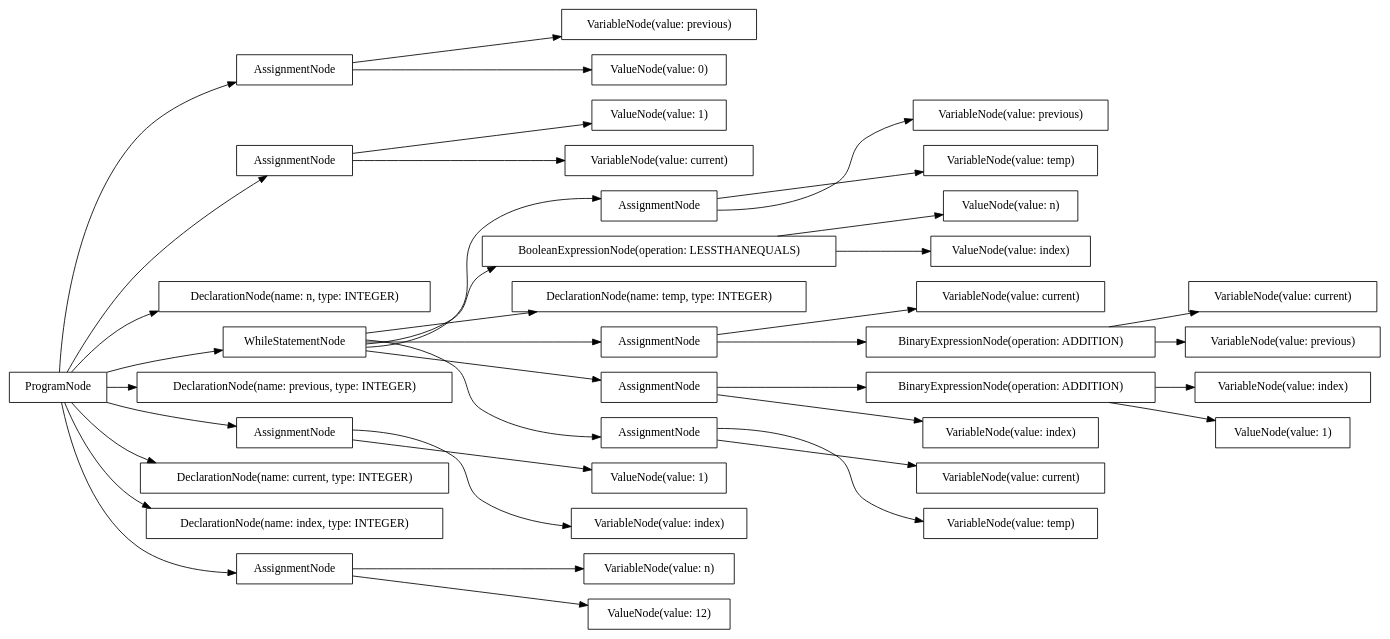
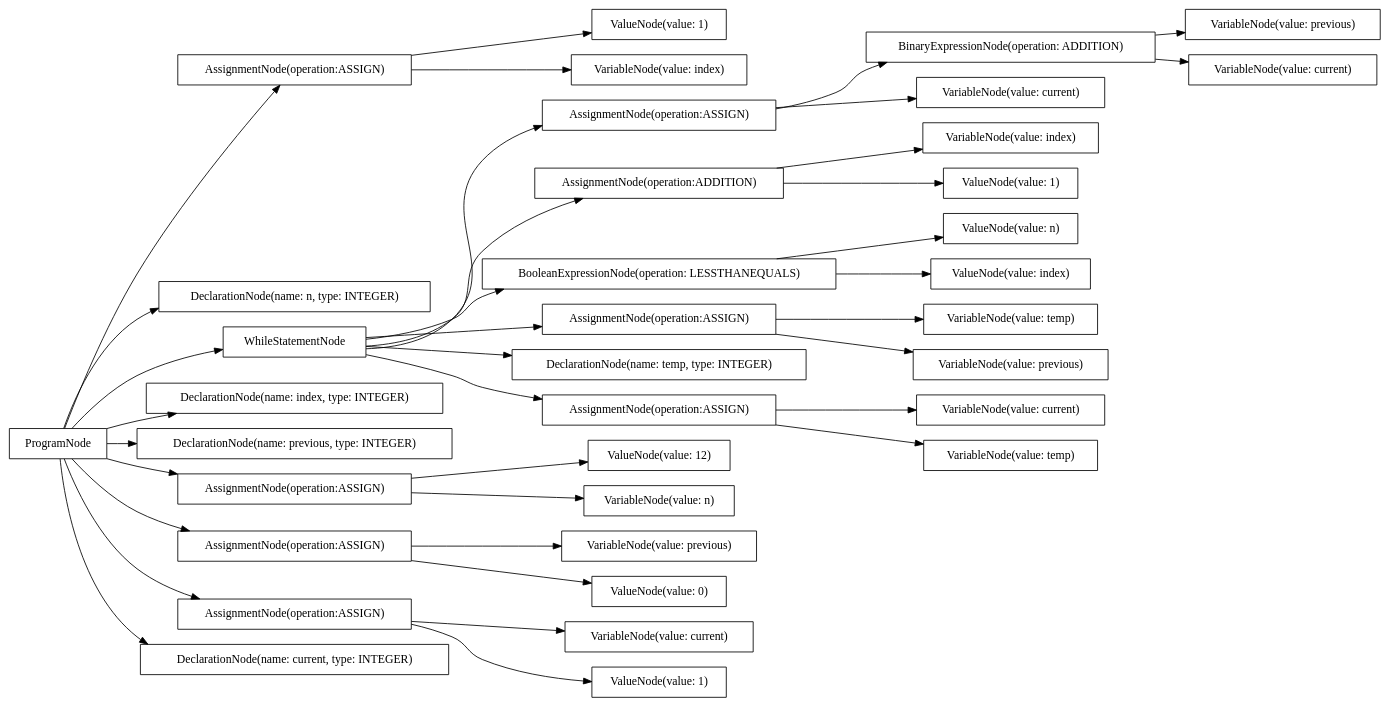
The diagram in src/output/dot/fibonacci.dot (AtLeastITry/ANTLR-Python-Compiler), drawn with Graphviz before and after one commit. The commit also changed 24 other files, not shown here.

```diff
--- a/src/output/dot/fibonacci.dot
+++ b/src/output/dot/fibonacci.dot
@@ -1,78 +1,74 @@
 digraph G {
 rankdir=LR
-"973fee57-5d9d-469c-8a02-aadc92429274" [label="AssignmentNode" shape="box"];
-"2a303473-afac-46dd-a2eb-d04706f9d5a5" [label="AssignmentNode" shape="box"];
-"686a832f-9a4c-4e64-9cd0-7add2e49c42e" [label="BooleanExpressionNode(operation: LESSTHANEQUALS)" shape="box"];
-"fe6397bf-0891-4b7f-b7d3-aeb9253e4561" [label="DeclarationNode(name: temp, type: INTEGER)" shape="box"];
-"b9288c3e-00d6-4a8a-9c8a-ee84ae99a75a" [label="VariableNode(value: current)" shape="box"];
-"c9fe73ab-ad14-4819-9698-ca47ffc2decd" [label="AssignmentNode" shape="box"];
-"2350dbb2-4e47-4fe5-ae8e-a5972e6fe8fd" [label="ValueNode(value: n)" shape="box"];
-"1c73ebf4-cc67-42c2-937e-57bb96ea2c80" [label="VariableNode(value: n)" shape="box"];
-"8d48b848-a8bb-4bf3-b60b-926a1e4536e1" [label="AssignmentNode" shape="box"];
-"14692b5c-36a1-488a-b2e2-539adab273d9" [label="VariableNode(value: current)" shape="box"];
-"eda82bd9-19df-4db9-a47f-98a3e47ad7bf" [label="BinaryExpressionNode(operation: ADDITION)" shape="box"];
-"557d6b53-1cb0-4701-8d6e-279d6a45ec7b" [label="VariableNode(value: previous)" shape="box"];
-"d1d53fad-d203-4fc3-9865-e162f8497924" [label="BinaryExpressionNode(operation: ADDITION)" shape="box"];
-"d337671d-21d4-44eb-ba9f-d49c01b15870" [label="ValueNode(value: index)" shape="box"];
-"90ce84d0-e14d-4658-9afa-30e72cbe8bff" [label="VariableNode(value: temp)" shape="box"];
-"fd623b23-9ef1-4cd2-ba61-203654b2b8de" [label="AssignmentNode" shape="box"];
-"a66d31f9-70bb-473e-ab43-be4257e2afa8" [label="DeclarationNode(name: n, type: INTEGER)" shape="box"];
-"962c8db2-668b-42d8-8964-b88819e29959" [label="ValueNode(value: 1)" shape="box"];
-"d6f1f637-0344-4c62-86fc-7391b00d515a" [label="WhileStatementNode" shape="box"];
-"7137b974-311a-4082-9af0-42399f7d1633" [label="VariableNode(value: current)" shape="box"];
-"be0ed5bd-f543-4228-acca-aa1efc75aaa5" [label="VariableNode(value: index)" shape="box"];
-"6853a4c6-fe10-46b6-9d34-4c576b26da2b" [label="ProgramNode" shape="box"];
-"d1e55851-edb7-41cd-8051-22398da96f52" [label="DeclarationNode(name: previous, type: INTEGER)" shape="box"];
-"b0e2ea3e-3e35-4cf9-bdea-2c52915ee956" [label="ValueNode(value: 12)" shape="box"];
-"469a974d-3cd7-4ce7-a7c8-49bd44727ac1" [label="AssignmentNode" shape="box"];
-"817e958e-9cac-4eba-ac90-805fdb32057e" [label="VariableNode(value: previous)" shape="box"];
-"b26a91f7-7275-4710-93d6-3c9ff0a2c1b8" [label="VariableNode(value: previous)" shape="box"];
-"58ee0b04-378f-456f-9677-e61ca80cc386" [label="VariableNode(value: index)" shape="box"];
-"9aa187ff-2e18-437a-a42f-dd90dcc5eead" [label="ValueNode(value: 1)" shape="box"];
-"3534d591-de55-4784-9e2a-2fbdbfc0ed4f" [label="VariableNode(value: current)" shape="box"];
-"6e45ecd7-9811-456d-a2e9-b60823253b04" [label="DeclarationNode(name: current, type: INTEGER)" shape="box"];
-"3ffd9601-b86e-4460-9617-f37b3f7de04c" [label="DeclarationNode(name: index, type: INTEGER)" shape="box"];
-"42ab4f38-0a8d-4604-922a-22bf0403b4ba" [label="ValueNode(value: 1)" shape="box"];
-"d31a415c-9a40-4602-8f01-30f4739b6b1d" [label="AssignmentNode" shape="box"];
-"1cf9256c-7304-4ace-a129-32d04a3b71aa" [label="VariableNode(value: temp)" shape="box"];
-"0aaa26a9-d9ca-429b-8414-dac8caed3cd8" [label="AssignmentNode" shape="box"];
-"de87f654-da4a-4cba-9aa4-ec1e7ddf4978" [label="ValueNode(value: 0)" shape="box"];
-"391b0422-44c1-4265-8953-19a5e9fd3c68" [label="VariableNode(value: index)" shape="box"];
-"6853a4c6-fe10-46b6-9d34-4c576b26da2b" -> "a66d31f9-70bb-473e-ab43-be4257e2afa8";
-"6853a4c6-fe10-46b6-9d34-4c576b26da2b" -> "d1e55851-edb7-41cd-8051-22398da96f52";
-"6853a4c6-fe10-46b6-9d34-4c576b26da2b" -> "6e45ecd7-9811-456d-a2e9-b60823253b04";
-"6853a4c6-fe10-46b6-9d34-4c576b26da2b" -> "3ffd9601-b86e-4460-9617-f37b3f7de04c";
-"6853a4c6-fe10-46b6-9d34-4c576b26da2b" -> "0aaa26a9-d9ca-429b-8414-dac8caed3cd8";
-"0aaa26a9-d9ca-429b-8414-dac8caed3cd8" -> "1c73ebf4-cc67-42c2-937e-57bb96ea2c80";
-"0aaa26a9-d9ca-429b-8414-dac8caed3cd8" -> "b0e2ea3e-3e35-4cf9-bdea-2c52915ee956";
-"6853a4c6-fe10-46b6-9d34-4c576b26da2b" -> "2a303473-afac-46dd-a2eb-d04706f9d5a5";
-"2a303473-afac-46dd-a2eb-d04706f9d5a5" -> "b26a91f7-7275-4710-93d6-3c9ff0a2c1b8";
-"2a303473-afac-46dd-a2eb-d04706f9d5a5" -> "de87f654-da4a-4cba-9aa4-ec1e7ddf4978";
-"6853a4c6-fe10-46b6-9d34-4c576b26da2b" -> "8d48b848-a8bb-4bf3-b60b-926a1e4536e1";
-"8d48b848-a8bb-4bf3-b60b-926a1e4536e1" -> "7137b974-311a-4082-9af0-42399f7d1633";
-"8d48b848-a8bb-4bf3-b60b-926a1e4536e1" -> "962c8db2-668b-42d8-8964-b88819e29959";
-"6853a4c6-fe10-46b6-9d34-4c576b26da2b" -> "469a974d-3cd7-4ce7-a7c8-49bd44727ac1";
-"469a974d-3cd7-4ce7-a7c8-49bd44727ac1" -> "391b0422-44c1-4265-8953-19a5e9fd3c68";
-"469a974d-3cd7-4ce7-a7c8-49bd44727ac1" -> "42ab4f38-0a8d-4604-922a-22bf0403b4ba";
-"6853a4c6-fe10-46b6-9d34-4c576b26da2b" -> "d6f1f637-0344-4c62-86fc-7391b00d515a";
-"d6f1f637-0344-4c62-86fc-7391b00d515a" -> "686a832f-9a4c-4e64-9cd0-7add2e49c42e";
-"686a832f-9a4c-4e64-9cd0-7add2e49c42e" -> "d337671d-21d4-44eb-ba9f-d49c01b15870";
-"686a832f-9a4c-4e64-9cd0-7add2e49c42e" -> "2350dbb2-4e47-4fe5-ae8e-a5972e6fe8fd";
-"d6f1f637-0344-4c62-86fc-7391b00d515a" -> "fe6397bf-0891-4b7f-b7d3-aeb9253e4561";
-"d6f1f637-0344-4c62-86fc-7391b00d515a" -> "d31a415c-9a40-4602-8f01-30f4739b6b1d";
-"d31a415c-9a40-4602-8f01-30f4739b6b1d" -> "1cf9256c-7304-4ace-a129-32d04a3b71aa";
-"d31a415c-9a40-4602-8f01-30f4739b6b1d" -> "3534d591-de55-4784-9e2a-2fbdbfc0ed4f";
-"d6f1f637-0344-4c62-86fc-7391b00d515a" -> "c9fe73ab-ad14-4819-9698-ca47ffc2decd";
-"c9fe73ab-ad14-4819-9698-ca47ffc2decd" -> "14692b5c-36a1-488a-b2e2-539adab273d9";
-"c9fe73ab-ad14-4819-9698-ca47ffc2decd" -> "eda82bd9-19df-4db9-a47f-98a3e47ad7bf";
-"eda82bd9-19df-4db9-a47f-98a3e47ad7bf" -> "b9288c3e-00d6-4a8a-9c8a-ee84ae99a75a";
-"eda82bd9-19df-4db9-a47f-98a3e47ad7bf" -> "817e958e-9cac-4eba-ac90-805fdb32057e";
-"d6f1f637-0344-4c62-86fc-7391b00d515a" -> "973fee57-5d9d-469c-8a02-aadc92429274";
-"973fee57-5d9d-469c-8a02-aadc92429274" -> "557d6b53-1cb0-4701-8d6e-279d6a45ec7b";
-"973fee57-5d9d-469c-8a02-aadc92429274" -> "90ce84d0-e14d-4658-9afa-30e72cbe8bff";
-"d6f1f637-0344-4c62-86fc-7391b00d515a" -> "fd623b23-9ef1-4cd2-ba61-203654b2b8de";
-"fd623b23-9ef1-4cd2-ba61-203654b2b8de" -> "be0ed5bd-f543-4228-acca-aa1efc75aaa5";
-"fd623b23-9ef1-4cd2-ba61-203654b2b8de" -> "d1d53fad-d203-4fc3-9865-e162f8497924";
-"d1d53fad-d203-4fc3-9865-e162f8497924" -> "58ee0b04-378f-456f-9677-e61ca80cc386";
-"d1d53fad-d203-4fc3-9865-e162f8497924" -> "9aa187ff-2e18-437a-a42f-dd90dcc5eead";
+"a782045f-8ade-422a-84f0-91fb2b377057" [label="VariableNode(value: previous)" shape="box"];
+"9d80afb1-e9e6-451f-a756-a2f2968d3a22" [label="ValueNode(value: 12)" shape="box"];
+"8976d468-3d97-4fe8-bac7-e51e415173aa" [label="VariableNode(value: temp)" shape="box"];
+"989fcb48-b2a4-4258-a88a-957f0da41b7d" [label="VariableNode(value: index)" shape="box"];
+"9b0aa776-e1fa-4725-b753-873c97c15bc4" [label="AssignmentNode(operation:ASSIGN)" shape="box"];
+"7ec26122-079c-4a84-bb9c-f1de2d9466e4" [label="VariableNode(value: current)" shape="box"];
+"deb787a3-f2da-41b5-8ac9-28fb5d43b041" [label="BinaryExpressionNode(operation: ADDITION)" shape="box"];
+"af267fc0-f258-414d-ae7b-e390f4560203" [label="DeclarationNode(name: n, type: INTEGER)" shape="box"];
+"7dc3403e-1b59-441c-bfde-d8d450ae8e51" [label="WhileStatementNode" shape="box"];
+"9f2d1028-1aaf-4382-94a4-e57ca9ff44c0" [label="DeclarationNode(name: index, type: INTEGER)" shape="box"];
+"deac5ea1-f1db-4ada-8c47-d6ff182c400a" [label="DeclarationNode(name: previous, type: INTEGER)" shape="box"];
+"5f191c44-ed5b-49bc-b8f3-d53be9e7fd01" [label="VariableNode(value: previous)" shape="box"];
+"b34c7212-17ca-4337-bf73-ef418fd881dd" [label="AssignmentNode(operation:ASSIGN)" shape="box"];
+"41b85629-b1bd-4b4b-aab6-442b084e926d" [label="AssignmentNode(operation:ASSIGN)" shape="box"];
+"cf2aa847-4797-4619-a8de-b63b69fa23a6" [label="AssignmentNode(operation:ADDITION)" shape="box"];
+"37e3d938-c433-45c4-90f5-4d5fede14fbc" [label="AssignmentNode(operation:ASSIGN)" shape="box"];
+"4d382f9c-377a-41f3-a895-77bbe71dd802" [label="ValueNode(value: 1)" shape="box"];
+"cf7e003a-d177-4484-a8b8-c8d8e013e498" [label="ValueNode(value: 1)" shape="box"];
+"1303f158-e938-4c2f-aec5-c8e739f0d303" [label="VariableNode(value: current)" shape="box"];
+"eea2bed4-6ee4-4328-9a10-15e11c6d2239" [label="ProgramNode" shape="box"];
+"5de5f4fe-2865-486e-a3a5-67e813aa1f97" [label="BooleanExpressionNode(operation: LESSTHANEQUALS)" shape="box"];
+"5a0e3dab-d669-4fcb-978b-033d4c994ec0" [label="AssignmentNode(operation:ASSIGN)" shape="box"];
+"633334d5-5ae0-4cc9-b192-96011665c0d1" [label="ValueNode(value: n)" shape="box"];
+"35f7bc92-029a-41aa-a35a-845d0c7eb185" [label="AssignmentNode(operation:ASSIGN)" shape="box"];
+"9664b419-d7fc-4084-b02a-edd58a908a46" [label="VariableNode(value: current)" shape="box"];
+"458ebe1b-c84f-4107-9ecc-91ac93732c3c" [label="ValueNode(value: 1)" shape="box"];
+"c1e67bfa-8c0e-4054-8643-24a624443194" [label="VariableNode(value: n)" shape="box"];
+"e77bacca-dc97-4f02-9714-642478c61e25" [label="VariableNode(value: current)" shape="box"];
+"704025a3-7d8e-4f21-9a0e-356e48f89a2d" [label="ValueNode(value: index)" shape="box"];
+"d44343cf-8d1b-486a-b995-dbbe5127bdc8" [label="VariableNode(value: previous)" shape="box"];
+"017b7ae7-3d3e-4eb1-949f-aa1f0f23974a" [label="ValueNode(value: 0)" shape="box"];
+"d3c34f67-fa2a-4b98-983b-41da2cc3d98f" [label="DeclarationNode(name: current, type: INTEGER)" shape="box"];
+"1981b534-12c6-4e62-9f8e-37e8bdda66d1" [label="VariableNode(value: index)" shape="box"];
+"cb898b26-d241-4b2f-bf59-34af32b1d7fa" [label="DeclarationNode(name: temp, type: INTEGER)" shape="box"];
+"3b176ae3-114b-4e5b-a9d5-4e71f2beacc3" [label="AssignmentNode(operation:ASSIGN)" shape="box"];
+"c03fd829-8f87-49ee-bd1e-b95db3862407" [label="VariableNode(value: temp)" shape="box"];
+"eea2bed4-6ee4-4328-9a10-15e11c6d2239" -> "af267fc0-f258-414d-ae7b-e390f4560203";
+"eea2bed4-6ee4-4328-9a10-15e11c6d2239" -> "deac5ea1-f1db-4ada-8c47-d6ff182c400a";
+"eea2bed4-6ee4-4328-9a10-15e11c6d2239" -> "d3c34f67-fa2a-4b98-983b-41da2cc3d98f";
+"eea2bed4-6ee4-4328-9a10-15e11c6d2239" -> "9f2d1028-1aaf-4382-94a4-e57ca9ff44c0";
+"eea2bed4-6ee4-4328-9a10-15e11c6d2239" -> "41b85629-b1bd-4b4b-aab6-442b084e926d";
+"41b85629-b1bd-4b4b-aab6-442b084e926d" -> "c1e67bfa-8c0e-4054-8643-24a624443194";
+"41b85629-b1bd-4b4b-aab6-442b084e926d" -> "9d80afb1-e9e6-451f-a756-a2f2968d3a22";
+"eea2bed4-6ee4-4328-9a10-15e11c6d2239" -> "37e3d938-c433-45c4-90f5-4d5fede14fbc";
+"37e3d938-c433-45c4-90f5-4d5fede14fbc" -> "5f191c44-ed5b-49bc-b8f3-d53be9e7fd01";
+"37e3d938-c433-45c4-90f5-4d5fede14fbc" -> "017b7ae7-3d3e-4eb1-949f-aa1f0f23974a";
+"eea2bed4-6ee4-4328-9a10-15e11c6d2239" -> "5a0e3dab-d669-4fcb-978b-033d4c994ec0";
+"5a0e3dab-d669-4fcb-978b-033d4c994ec0" -> "9664b419-d7fc-4084-b02a-edd58a908a46";
+"5a0e3dab-d669-4fcb-978b-033d4c994ec0" -> "458ebe1b-c84f-4107-9ecc-91ac93732c3c";
+"eea2bed4-6ee4-4328-9a10-15e11c6d2239" -> "9b0aa776-e1fa-4725-b753-873c97c15bc4";
+"9b0aa776-e1fa-4725-b753-873c97c15bc4" -> "1981b534-12c6-4e62-9f8e-37e8bdda66d1";
+"9b0aa776-e1fa-4725-b753-873c97c15bc4" -> "4d382f9c-377a-41f3-a895-77bbe71dd802";
+"eea2bed4-6ee4-4328-9a10-15e11c6d2239" -> "7dc3403e-1b59-441c-bfde-d8d450ae8e51";
+"7dc3403e-1b59-441c-bfde-d8d450ae8e51" -> "5de5f4fe-2865-486e-a3a5-67e813aa1f97";
+"5de5f4fe-2865-486e-a3a5-67e813aa1f97" -> "704025a3-7d8e-4f21-9a0e-356e48f89a2d";
+"5de5f4fe-2865-486e-a3a5-67e813aa1f97" -> "633334d5-5ae0-4cc9-b192-96011665c0d1";
+"7dc3403e-1b59-441c-bfde-d8d450ae8e51" -> "cb898b26-d241-4b2f-bf59-34af32b1d7fa";
+"7dc3403e-1b59-441c-bfde-d8d450ae8e51" -> "3b176ae3-114b-4e5b-a9d5-4e71f2beacc3";
+"3b176ae3-114b-4e5b-a9d5-4e71f2beacc3" -> "c03fd829-8f87-49ee-bd1e-b95db3862407";
+"3b176ae3-114b-4e5b-a9d5-4e71f2beacc3" -> "1303f158-e938-4c2f-aec5-c8e739f0d303";
+"7dc3403e-1b59-441c-bfde-d8d450ae8e51" -> "b34c7212-17ca-4337-bf73-ef418fd881dd";
+"b34c7212-17ca-4337-bf73-ef418fd881dd" -> "e77bacca-dc97-4f02-9714-642478c61e25";
+"b34c7212-17ca-4337-bf73-ef418fd881dd" -> "deb787a3-f2da-41b5-8ac9-28fb5d43b041";
+"deb787a3-f2da-41b5-8ac9-28fb5d43b041" -> "7ec26122-079c-4a84-bb9c-f1de2d9466e4";
+"deb787a3-f2da-41b5-8ac9-28fb5d43b041" -> "a782045f-8ade-422a-84f0-91fb2b377057";
+"7dc3403e-1b59-441c-bfde-d8d450ae8e51" -> "35f7bc92-029a-41aa-a35a-845d0c7eb185";
+"35f7bc92-029a-41aa-a35a-845d0c7eb185" -> "d44343cf-8d1b-486a-b995-dbbe5127bdc8";
+"35f7bc92-029a-41aa-a35a-845d0c7eb185" -> "8976d468-3d97-4fe8-bac7-e51e415173aa";
+"7dc3403e-1b59-441c-bfde-d8d450ae8e51" -> "cf2aa847-4797-4619-a8de-b63b69fa23a6";
+"cf2aa847-4797-4619-a8de-b63b69fa23a6" -> "989fcb48-b2a4-4258-a88a-957f0da41b7d";
+"cf2aa847-4797-4619-a8de-b63b69fa23a6" -> "cf7e003a-d177-4484-a8b8-c8d8e013e498";
 }
```
